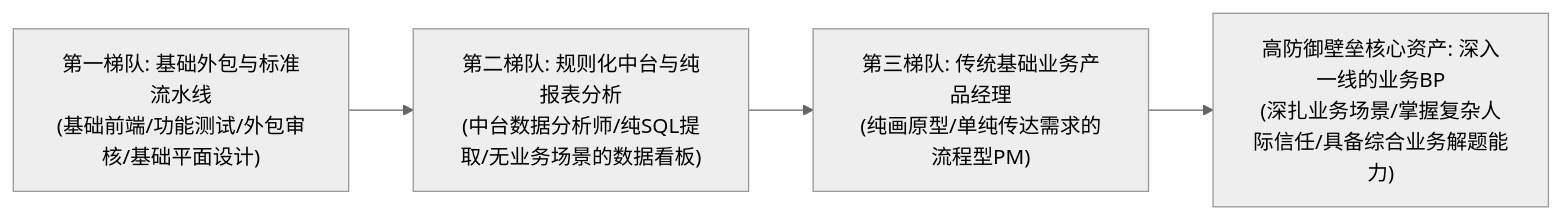
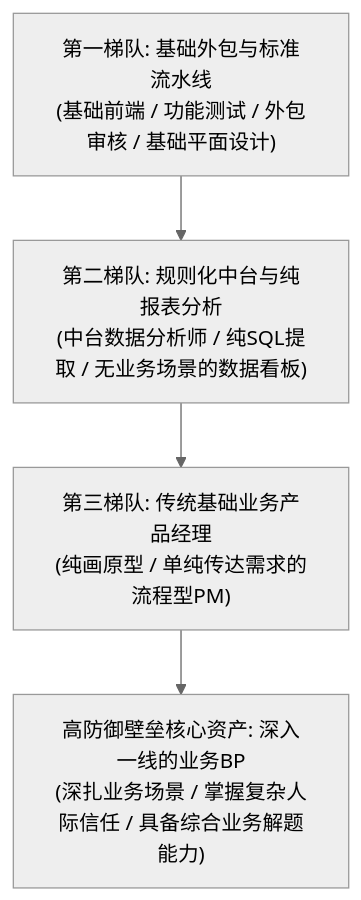
Before and after one commit to dollarser/knowledge: the second of 4 diagrams in content/live-20260922-laozeng-01.md, drawn with Mermaid (neutral theme). The commit also changed other lines of this file and 7 other files, not shown here.

Commit message:
style: convert horizontal LR mermaid diagrams to vertical TD for readable text on all screens

````diff
--- a/content/live-20260922-laozeng-01.md
+++ b/content/live-20260922-laozeng-01.md
@@ -51,6 +51,6 @@
 ```mermaid
-flowchart LR
-    Tier1["第一梯队: 基础外包与标准流水线<br/>(基础前端/功能测试/外包审核/基础平面设计)"] --> Tier2["第二梯队: 规则化中台与纯报表分析<br/>(中台数据分析师/纯SQL提取/无业务场景的数据看板)"]
-    Tier2 --> Tier3["第三梯队: 传统基础业务产品经理<br/>(纯画原型/单纯传达需求的流程型PM)"]
-    Tier3 --> Defense["高防御壁垒核心资产: 深入一线的业务BP<br/>(深扎业务场景/掌握复杂人际信任/具备综合业务解题能力)"]
+flowchart TD
+    Tier1["第一梯队: 基础外包与标准流水线<br/>(基础前端 / 功能测试 / 外包审核 / 基础平面设计)"] --> Tier2["第二梯队: 规则化中台与纯报表分析<br/>(中台数据分析师 / 纯SQL提取 / 无业务场景的数据看板)"]
+    Tier2 --> Tier3["第三梯队: 传统基础业务产品经理<br/>(纯画原型 / 单纯传达需求的流程型PM)"]
+    Tier3 --> Defense["高防御壁垒核心资产: 深入一线的业务BP<br/>(深扎业务场景 / 掌握复杂人际信任 / 具备综合业务解题能力)"]
 ```
````
